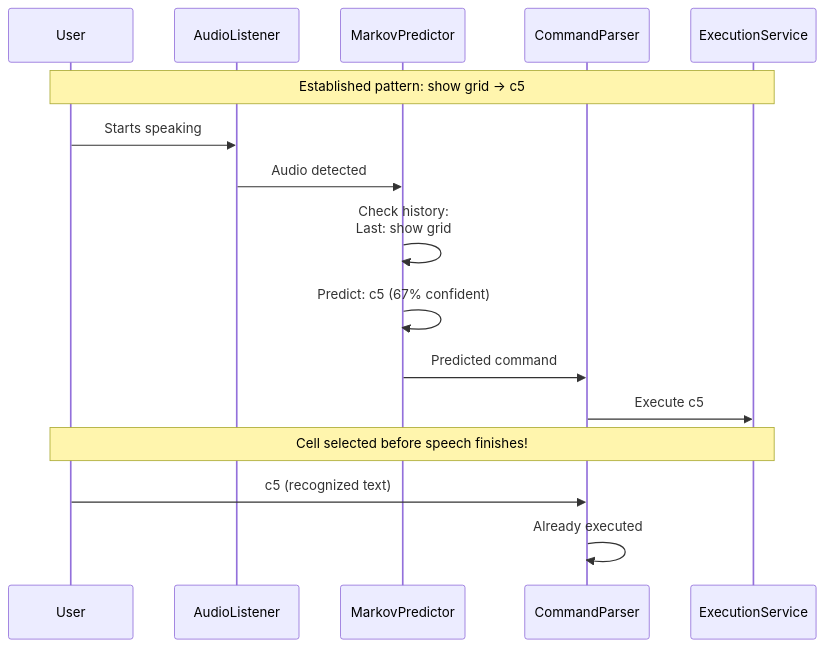
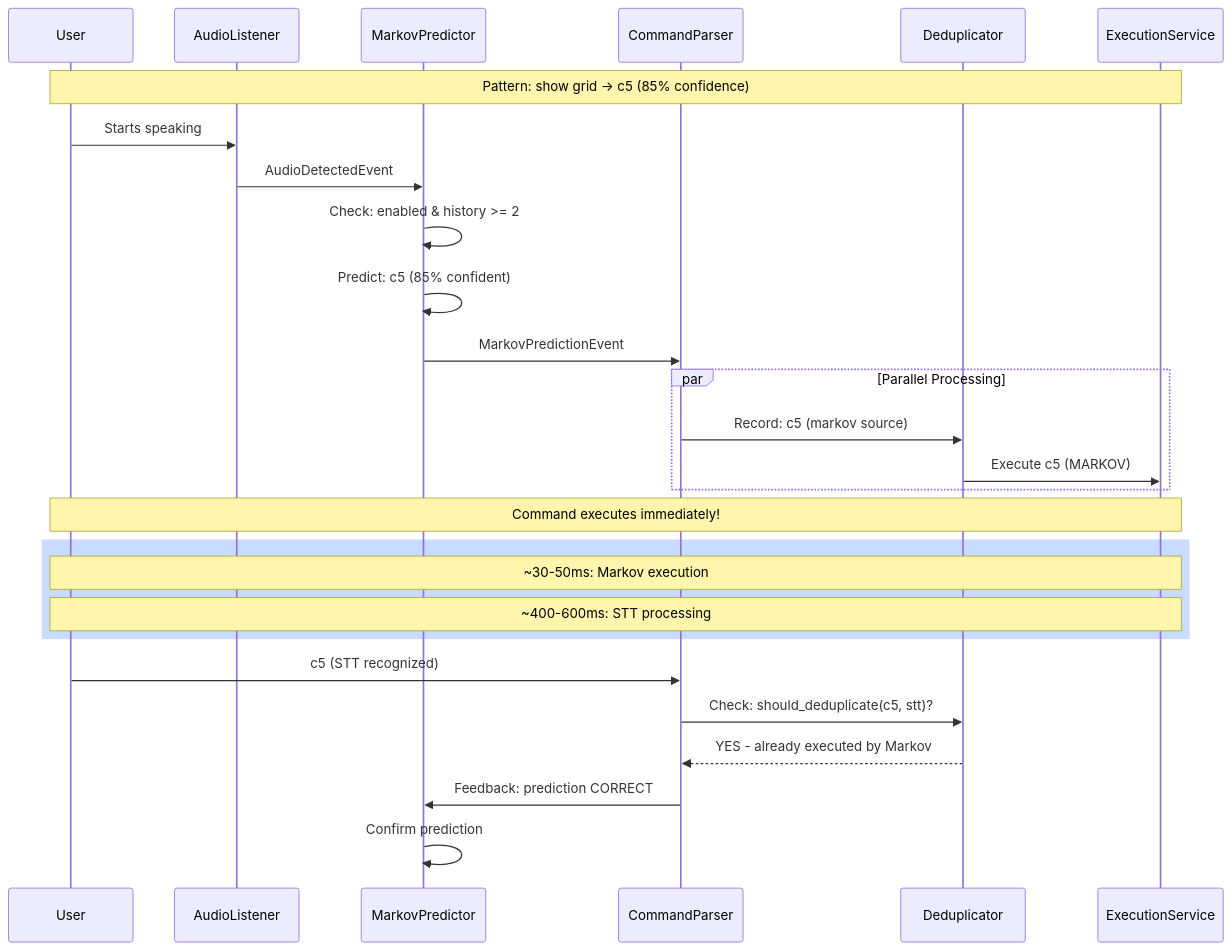
The third of 3 diagrams in docs/developer/command_parsing.rst (rick12000/vocalance), drawn with Mermaid before and after one commit. The commit also changed other lines of this file and 9 other files, not shown here.

Commit message:
fix markov flow + add markov enable setting

```diff
--- a/docs/developer/command_parsing.rst
+++ b/docs/developer/command_parsing.rst
@@ -292,22 +292,35 @@
 .. mermaid::
 
    sequenceDiagram
        participant U as User
        participant Audio as AudioListener
        participant Markov as MarkovPredictor
        participant Parser as CommandParser
+       participant Dedup as Deduplicator
        participant Exec as ExecutionService
 
-       Note over U,Exec: Established pattern: show grid → c5
+       Note over U,Exec: Pattern: show grid → c5 (85% confidence)
 
        U->>Audio: Starts speaking
-       Audio->>Markov: Audio detected
-       Markov->>Markov: Check history:<br/>Last: show grid
-       Markov->>Markov: Predict: c5 (67% confident)
-       Markov->>Parser: Predicted command
-       Parser->>Exec: Execute c5
+       Audio->>Markov: AudioDetectedEvent
+       Markov->>Markov: Check: enabled & history >= 2
+       Markov->>Markov: Predict: c5 (85% confident)
+       Markov->>Parser: MarkovPredictionEvent
 
-       Note over U,Exec: Cell selected before speech finishes!
+       par Parallel Processing
+           Parser->>Dedup: Record: c5 (markov source)
+           Dedup->>Exec: Execute c5 (MARKOV)
+       end
 
-       U->>Parser: c5 (recognized text)
-       Parser->>Parser: Already executed
+       Note over U,Exec: Command executes immediately!
+
+       rect rgb(200, 220, 255)
+           Note over U,Exec: ~30-50ms: Markov execution
+           Note over U,Exec: ~400-600ms: STT processing
+       end
+
+       U->>Parser: c5 (STT recognized)
+       Parser->>Dedup: Check: should_deduplicate(c5, stt)?
+       Dedup-->>Parser: YES - already executed by Markov
+       Parser->>Markov: Feedback: prediction CORRECT
+       Markov->>Markov: Confirm prediction
```
